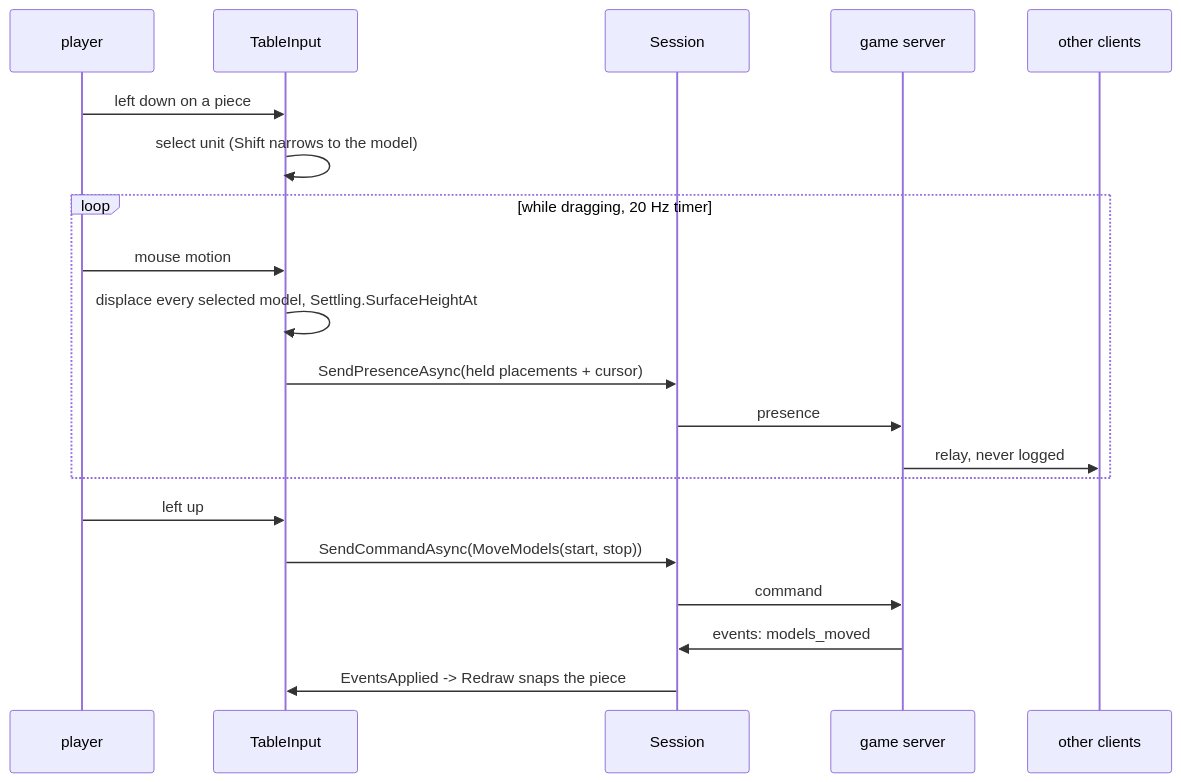
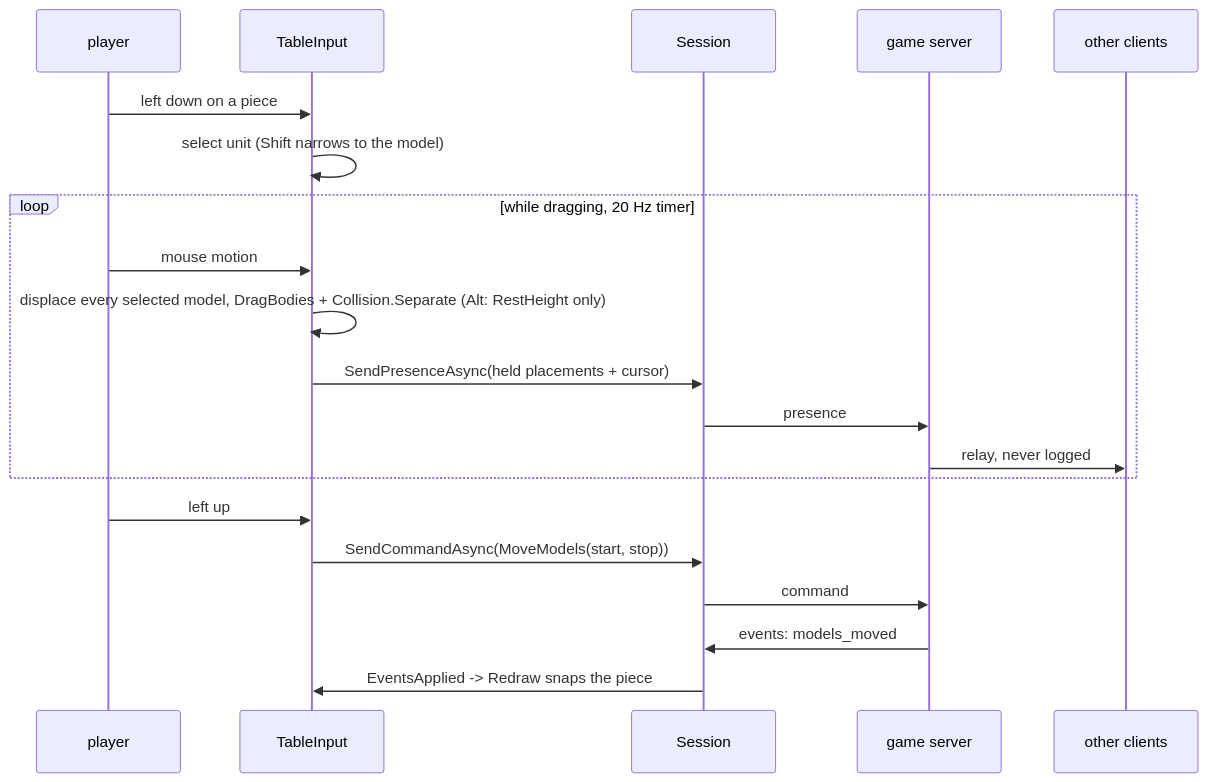
The seventh of 13 diagrams in docs/design/client/design.md (cstupi/tabletop), drawn with Mermaid before and after one commit. The commit also changed other lines of this file and 17 other files, not shown here.

````diff
--- a/docs/design/client/design.md
+++ b/docs/design/client/design.md
@@ -576,22 +577,22 @@
 ```mermaid
 sequenceDiagram
   participant P as player
   participant TI as TableInput
   participant SE as Session
   participant GS as game server
   participant O as other clients
   P->>TI: left down on a piece
   TI->>TI: select unit (Shift narrows to the model)
   loop while dragging, 20 Hz timer
     P->>TI: mouse motion
-    TI->>TI: displace every selected model, Settling.SurfaceHeightAt
+    TI->>TI: displace every selected model, DragBodies + Collision.Separate (Alt: RestHeight only)
     TI->>SE: SendPresenceAsync(held placements + cursor)
     SE->>GS: presence
     GS->>O: relay, never logged
   end
   P->>TI: left up
   TI->>SE: SendCommandAsync(MoveModels(start, stop))
   SE->>GS: command
   GS->>SE: events: models_moved
   SE->>TI: EventsApplied -> Redraw snaps the piece
 ```
````
